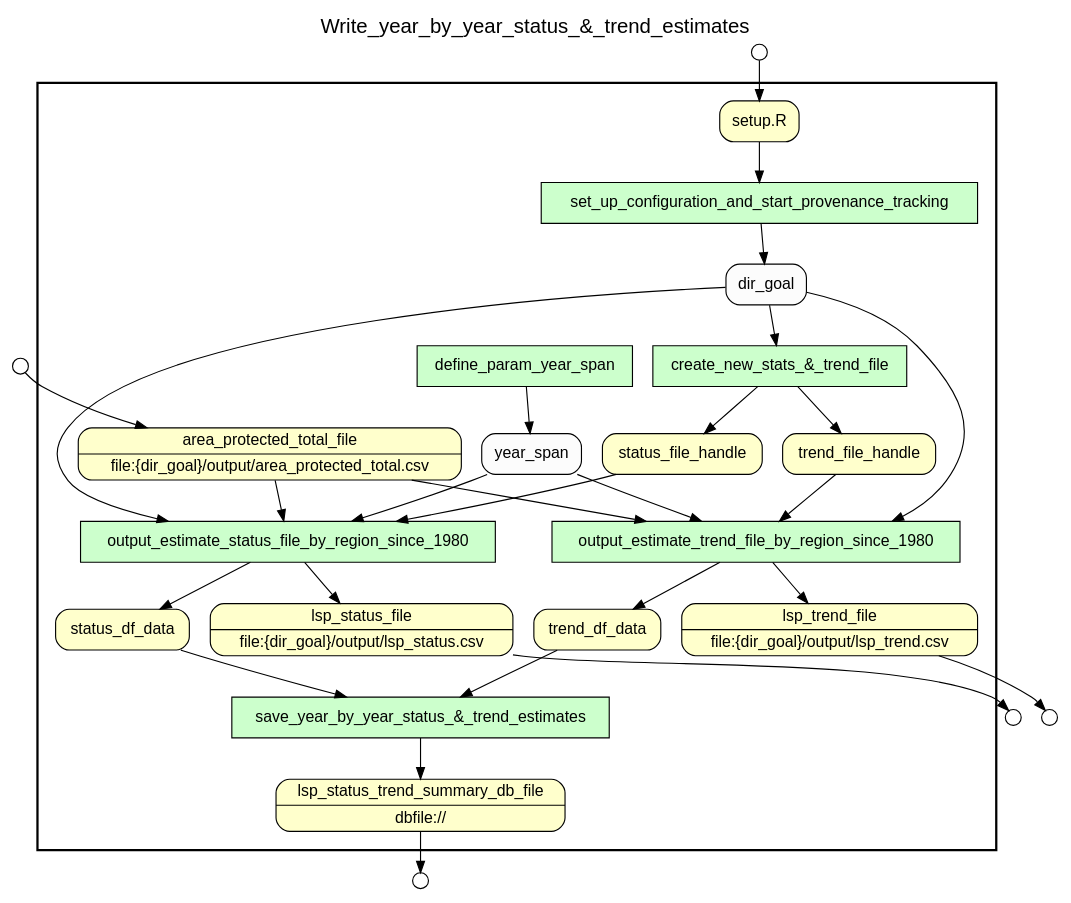
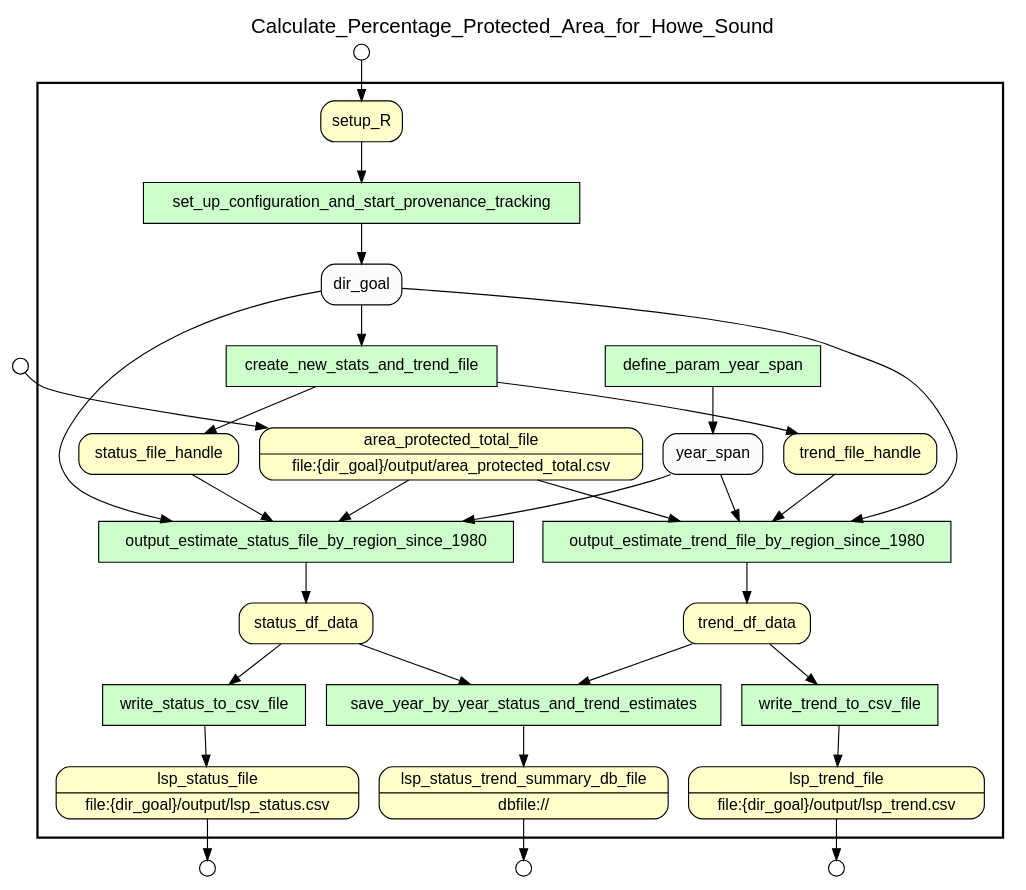
Before and after one commit to sycao5/runManager-multipleRuns: the diagram in examples/OHIBC_Howe_Sound/yw prospective figures only/estimate_status_and_trend_by_year.gv, drawn with Graphviz. The commit also changed 30 other files, not shown here.

Commit message:
Update yw annotations for estimate_status_and_trend_by_year.R hybrid query .

```diff
--- a/examples/OHIBC_Howe_Sound/yw prospective figures only/estimate_status_and_trend_by_year.gv
+++ b/examples/OHIBC_Howe_Sound/yw prospective figures only/estimate_status_and_trend_by_year.gv
@@ -1,97 +1,101 @@
 
 /* Start of top-level graph */
 digraph Workflow {
 rankdir=TB
 
 /* Title for graph */
 fontname=Helvetica; fontsize=18; labelloc=t
-label="Write_year_by_year_status_&_trend_estimates"
+label=Calculate_Percentage_Protected_Area_for_Howe_Sound
 
 /* Start of double cluster for drawing box around nodes in workflow */
 subgraph cluster_workflow_box_outer { label=""; color=black; penwidth=2
 subgraph cluster_workflow_box_inner { label=""; penwidth=0
 
 /* Style for nodes representing atomic programs in workflow */
 node[shape=box style=filled fillcolor="#CCFFCC" peripheries=1 fontname=Helvetica]
 
 /* Nodes representing atomic programs in workflow */
 set_up_configuration_and_start_provenance_tracking
-"create_new_stats_&_trend_file"
+create_new_stats_and_trend_file
 define_param_year_span
 output_estimate_status_file_by_region_since_1980
+write_status_to_csv_file
 output_estimate_trend_file_by_region_since_1980
-"save_year_by_year_status_&_trend_estimates"
+write_trend_to_csv_file
+save_year_by_year_status_and_trend_estimates
 
 /* Style for nodes representing non-parameter data channels in workflow */
 node[shape=box style="rounded,filled" fillcolor="#FFFFCC" peripheries=1 fontname=Helvetica]
 
 /* Nodes for non-parameter data channels in workflow */
 lsp_status_file [shape=record rankdir=LR label="{<f0> lsp_status_file |<f1> file\:\{dir_goal\}/output/lsp_status.csv}"];
 lsp_trend_file [shape=record rankdir=LR label="{<f0> lsp_trend_file |<f1> file\:\{dir_goal\}/output/lsp_trend.csv}"];
 lsp_status_trend_summary_db_file [shape=record rankdir=LR label="{<f0> lsp_status_trend_summary_db_file |<f1> dbfile\://}"];
-"setup.R"
+setup_R
 area_protected_total_file [shape=record rankdir=LR label="{<f0> area_protected_total_file |<f1> file\:\{dir_goal\}/output/area_protected_total.csv}"];
 status_file_handle
+status_df_data
 trend_file_handle
-status_df_data
 trend_df_data
 
 /* Style for nodes representing parameter channels in workflow */
 node[shape=box style="rounded,filled" fillcolor="#FCFCFC" peripheries=1 fontname=Helvetica]
 
 /* Nodes representing parameter channels in workflow */
 dir_goal
 year_span
 
 /* Edges representing connections between programs and channels */
 set_up_configuration_and_start_provenance_tracking -> dir_goal
-"setup.R" -> set_up_configuration_and_start_provenance_tracking
-"create_new_stats_&_trend_file" -> status_file_handle
-"create_new_stats_&_trend_file" -> trend_file_handle
-dir_goal -> "create_new_stats_&_trend_file"
+setup_R -> set_up_configuration_and_start_provenance_tracking
+create_new_stats_and_trend_file -> status_file_handle
+create_new_stats_and_trend_file -> trend_file_handle
+dir_goal -> create_new_stats_and_trend_file
 define_param_year_span -> year_span
-output_estimate_status_file_by_region_since_1980 -> lsp_status_file
 output_estimate_status_file_by_region_since_1980 -> status_df_data
 year_span -> output_estimate_status_file_by_region_since_1980
 dir_goal -> output_estimate_status_file_by_region_since_1980
 area_protected_total_file -> output_estimate_status_file_by_region_since_1980
 status_file_handle -> output_estimate_status_file_by_region_since_1980
-output_estimate_trend_file_by_region_since_1980 -> lsp_trend_file
+write_status_to_csv_file -> lsp_status_file
+status_df_data -> write_status_to_csv_file
 output_estimate_trend_file_by_region_since_1980 -> trend_df_data
 dir_goal -> output_estimate_trend_file_by_region_since_1980
 year_span -> output_estimate_trend_file_by_region_since_1980
 area_protected_total_file -> output_estimate_trend_file_by_region_since_1980
 trend_file_handle -> output_estimate_trend_file_by_region_since_1980
-"save_year_by_year_status_&_trend_estimates" -> lsp_status_trend_summary_db_file
-status_df_data -> "save_year_by_year_status_&_trend_estimates"
-trend_df_data -> "save_year_by_year_status_&_trend_estimates"
+write_trend_to_csv_file -> lsp_trend_file
+trend_df_data -> write_trend_to_csv_file
+save_year_by_year_status_and_trend_estimates -> lsp_status_trend_summary_db_file
+status_df_data -> save_year_by_year_status_and_trend_estimates
+trend_df_data -> save_year_by_year_status_and_trend_estimates
 
 /* End of double cluster for drawing box around nodes in workflow */
 }}
 
 /* Style for nodes representing workflow input ports */
 node[shape=circle style="rounded,filled" fillcolor="#FFFFFF" peripheries=1 fontname=Helvetica width=0.2]
 
 /* Nodes representing workflow input ports */
-"setup.R_input_port" [label=""]
+setup_R_input_port [label=""]
 area_protected_total_file_input_port [label=""]
 
 /* Style for nodes representing workflow output ports */
 node[shape=circle style="rounded,filled" fillcolor="#FFFFFF" peripheries=1 fontname=Helvetica width=0.2]
 
 /* Nodes representing workflow output ports */
 lsp_status_file_output_port [label=""]
 lsp_trend_file_output_port [label=""]
 lsp_status_trend_summary_db_file_output_port [label=""]
 
 /* Edges from input ports to channels */
-"setup.R_input_port" -> "setup.R"
+setup_R_input_port -> setup_R
 area_protected_total_file_input_port -> area_protected_total_file
 
 /* Edges from channels to output ports */
 lsp_status_file -> lsp_status_file_output_port
 lsp_trend_file -> lsp_trend_file_output_port
 lsp_status_trend_summary_db_file -> lsp_status_trend_summary_db_file_output_port
 
 /* End of top-level graph */
 }
```
